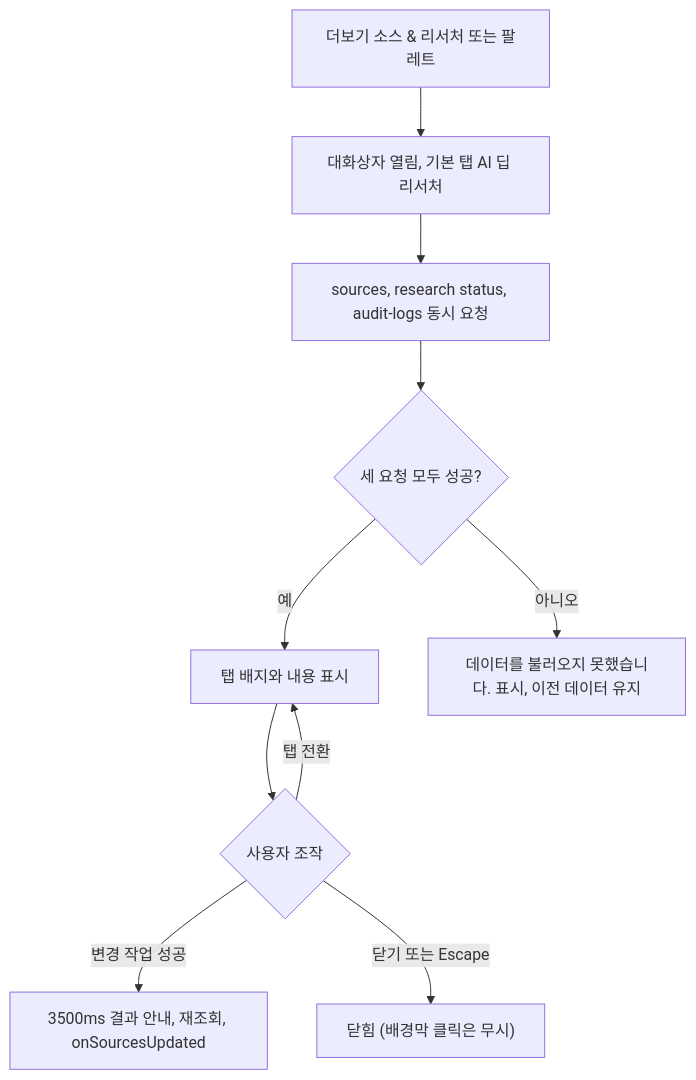
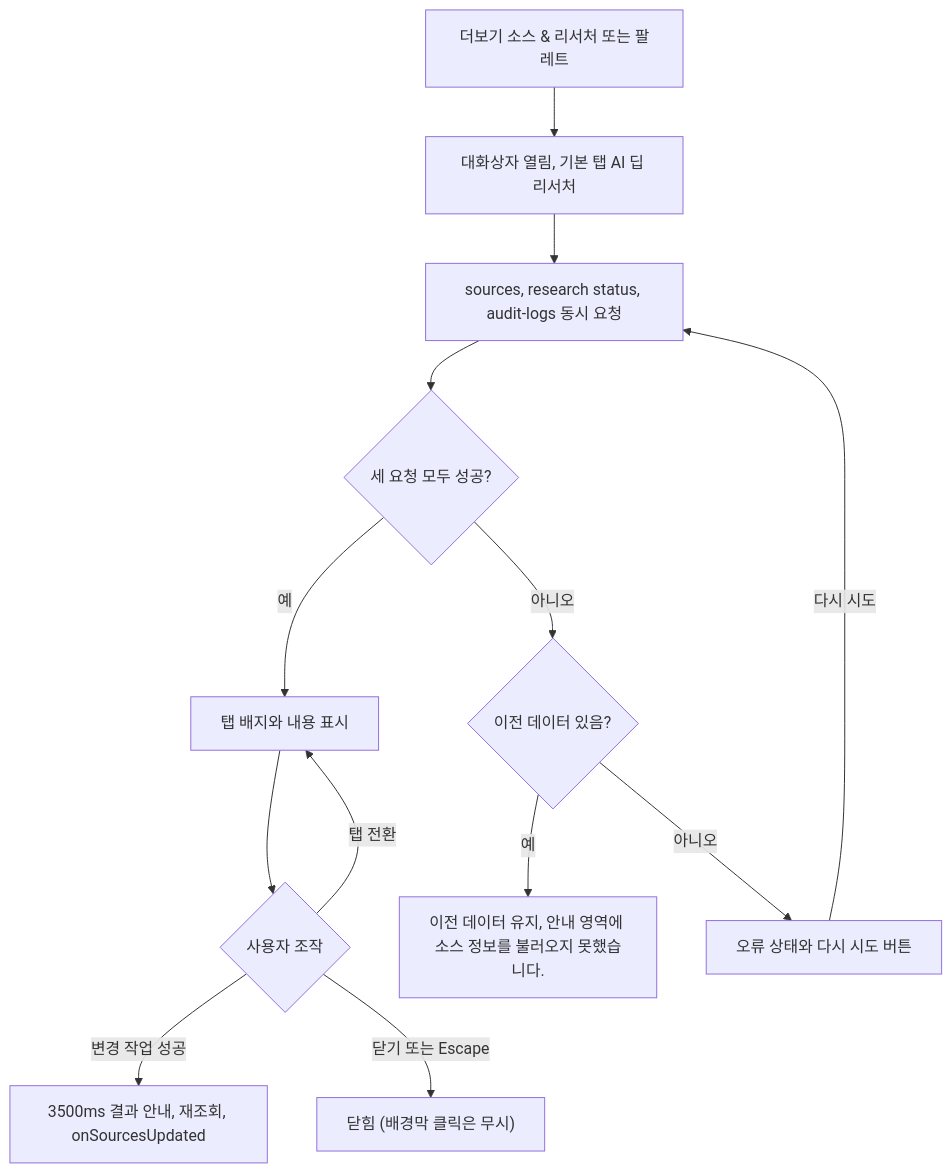
The second of 14 diagrams in docs/spec-writer/fsd/05_SOURCES_AND_RESEARCH_SPECIFICATION.md (ozplayground/agent-lens), drawn with Mermaid before and after one commit. The commit also changed other lines of this file and 216 other files, not shown here.

````diff
--- a/docs/spec-writer/fsd/05_SOURCES_AND_RESEARCH_SPECIFICATION.md
+++ b/docs/spec-writer/fsd/05_SOURCES_AND_RESEARCH_SPECIFICATION.md
@@ -162,12 +165,15 @@
 ```mermaid
 flowchart TD
     A["더보기 소스 & 리서처 또는 팔레트"] --> B["대화상자 열림, 기본 탭 AI 딥 리서처"]
     B --> C["sources, research status, audit-logs 동시 요청"]
     C --> D{"세 요청 모두 성공?"}
     D -->|예| E["탭 배지와 내용 표시"]
-    D -->|아니오| F["데이터를 불러오지 못했습니다. 표시, 이전 데이터 유지"]
+    D -->|아니오| F{"이전 데이터 있음?"}
+    F -->|예| F1["이전 데이터 유지, 안내 영역에 소스 정보를 불러오지 못했습니다."]
+    F -->|아니오| F2["오류 상태와 다시 시도 버튼"]
+    F2 -->|다시 시도| C
     E --> G{"사용자 조작"}
     G -->|탭 전환| E
     G -->|변경 작업 성공| H["3500ms 결과 안내, 재조회, onSourcesUpdated"]
     G -->|닫기 또는 Escape| I["닫힘 (배경막 클릭은 무시)"]
 ```
````
